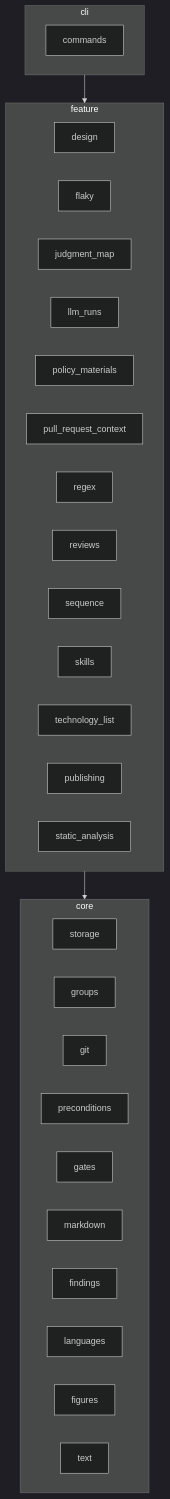
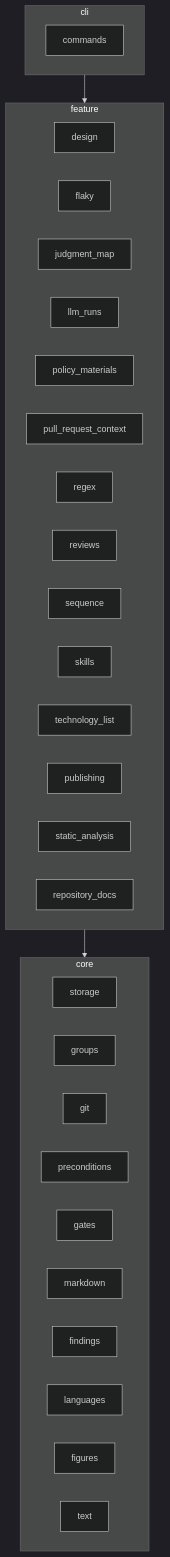
One commit to kokiTakashiki/jigane changed the diagram in jigane/README.md. Above: the diagram before and after it, drawn with Mermaid (dark theme). The commit also changed other lines of this file and 476 other files, not shown here.

````diff
--- a/jigane/README.md
+++ b/jigane/README.md
@@ -57,35 +58,36 @@
 ```mermaid
 flowchart TB
     subgraph core
         storage
         groups
         git
         preconditions
         gates
         markdown
         findings
         languages
         figures
         text
     end
     subgraph feature
         design
         flaky
         judgment_map
         llm_runs
         policy_materials
         pull_request_context
         regex
         reviews
         sequence
         skills
         technology_list
         publishing
         static_analysis
+        repository_docs
     end
     subgraph cli
         commands
     end
     cli --> feature
     feature --> core
 ```
````
